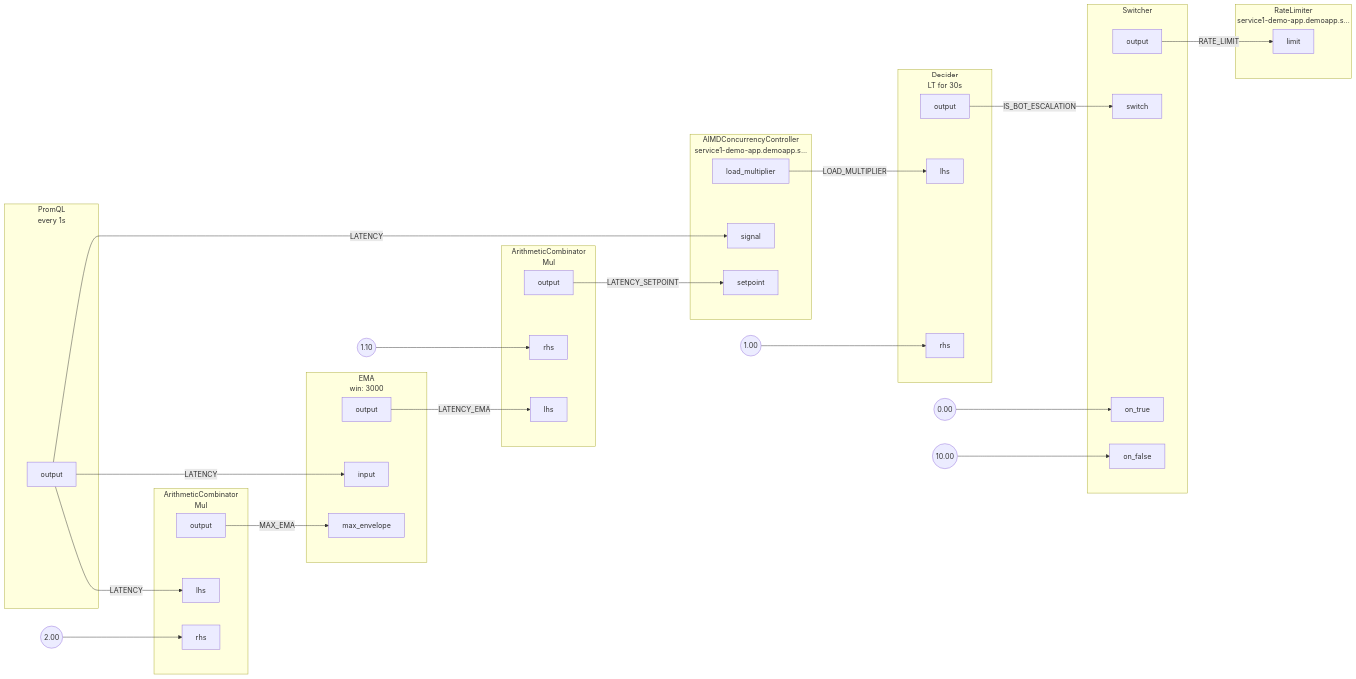
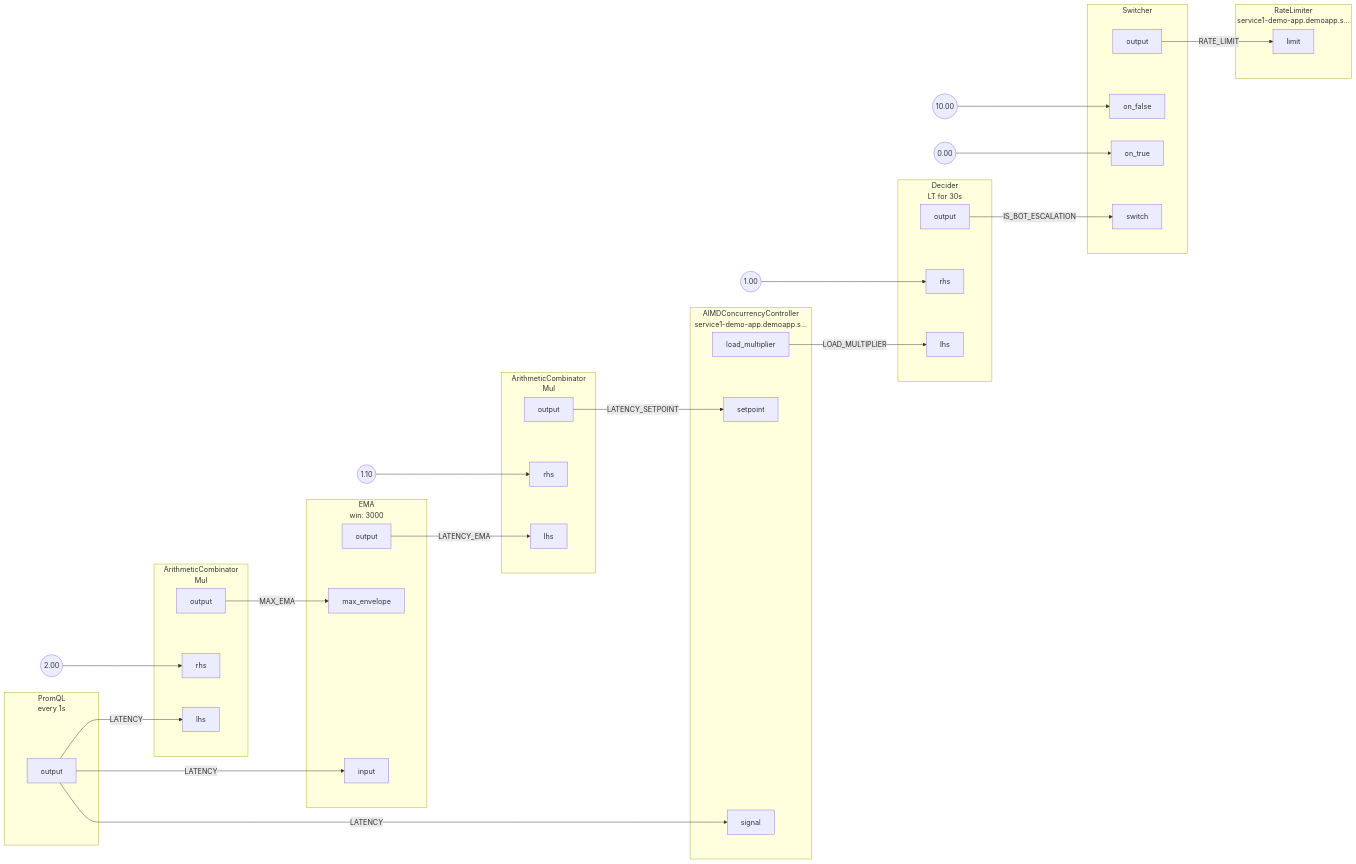
The diagram in docs/content/tutorials/integrations/flow-control/rate-limiting/assets/dynamic-rate-limiting/dynamic-rate-limiting.mmd (dataongunlaws/aperture), drawn with Mermaid before and after one commit. The commit also changed 254 other files, not shown here.

```diff
--- a/docs/content/tutorials/integrations/flow-control/rate-limiting/assets/dynamic-rate-limiting/dynamic-rate-limiting.mmd
+++ b/docs/content/tutorials/integrations/flow-control/rate-limiting/assets/dynamic-rate-limiting/dynamic-rate-limiting.mmd
@@ -1,99 +1,99 @@
 flowchart LR
 subgraph root.0[<center>PromQL<br/>every 1s</center>]
 subgraph root.0_outports[ ]
 style root.0_outports fill:none,stroke:none
 root.0output[output]
 end
 end
 FakeConstant0((2.00))
 FakeConstant0 --> root.1rhs
 subgraph root.1[<center>ArithmeticCombinator<br/>Mul</center>]
 subgraph root.1_inports[ ]
 style root.1_inports fill:none,stroke:none
 root.1lhs[lhs]
 root.1rhs[rhs]
 end
 subgraph root.1_outports[ ]
 style root.1_outports fill:none,stroke:none
 root.1output[output]
 end
 end
 FakeConstant1((1.10))
 FakeConstant1 --> root.2rhs
 subgraph root.2[<center>ArithmeticCombinator<br/>Mul</center>]
 subgraph root.2_inports[ ]
 style root.2_inports fill:none,stroke:none
 root.2lhs[lhs]
 root.2rhs[rhs]
 end
 subgraph root.2_outports[ ]
 style root.2_outports fill:none,stroke:none
 root.2output[output]
 end
 end
 subgraph root.3[<center>EMA<br/>win: 3000</center>]
 subgraph root.3_inports[ ]
 style root.3_inports fill:none,stroke:none
+root.3max_envelope[max_envelope]
 root.3input[input]
-root.3max_envelope[max_envelope]
 end
 subgraph root.3_outports[ ]
 style root.3_outports fill:none,stroke:none
 root.3output[output]
 end
 end
 subgraph root.4[<center>AIMDConcurrencyController<br/>service1-demo-app.demoapp.s...</center>]
 subgraph root.4_inports[ ]
 style root.4_inports fill:none,stroke:none
+root.4setpoint[setpoint]
 root.4signal[signal]
-root.4setpoint[setpoint]
 end
 subgraph root.4_outports[ ]
 style root.4_outports fill:none,stroke:none
 root.4load_multiplier[load_multiplier]
 end
 end
 FakeConstant2((1.00))
 FakeConstant2 --> root.5rhs
 subgraph root.5[<center>Decider<br/>LT for 30s</center>]
 subgraph root.5_inports[ ]
 style root.5_inports fill:none,stroke:none
 root.5lhs[lhs]
 root.5rhs[rhs]
 end
 subgraph root.5_outports[ ]
 style root.5_outports fill:none,stroke:none
 root.5output[output]
 end
 end
-FakeConstant3((0.00))
-FakeConstant3 --> root.6on_true
-FakeConstant4((10.00))
-FakeConstant4 --> root.6on_false
+FakeConstant3((10.00))
+FakeConstant3 --> root.6on_false
+FakeConstant4((0.00))
+FakeConstant4 --> root.6on_true
 subgraph root.6[Switcher]
 subgraph root.6_inports[ ]
 style root.6_inports fill:none,stroke:none
-root.6on_true[on_true]
 root.6on_false[on_false]
 root.6switch[switch]
+root.6on_true[on_true]
 end
 subgraph root.6_outports[ ]
 style root.6_outports fill:none,stroke:none
 root.6output[output]
 end
 end
 subgraph root.7[<center>RateLimiter<br/>service1-demo-app.demoapp.s...</center>]
 subgraph root.7_inports[ ]
 style root.7_inports fill:none,stroke:none
 root.7limit[limit]
 end
 end
+root.3output --> |LATENCY_EMA| root.2lhs
+root.4load_multiplier --> |LOAD_MULTIPLIER| root.5lhs
+root.5output --> |IS_BOT_ESCALATION| root.6switch
+root.6output --> |RATE_LIMIT| root.7limit
 root.0output --> |LATENCY| root.1lhs
 root.0output --> |LATENCY| root.3input
 root.0output --> |LATENCY| root.4signal
 root.1output --> |MAX_EMA| root.3max_envelope
 root.2output --> |LATENCY_SETPOINT| root.4setpoint
-root.3output --> |LATENCY_EMA| root.2lhs
-root.4load_multiplier --> |LOAD_MULTIPLIER| root.5lhs
-root.5output --> |IS_BOT_ESCALATION| root.6switch
-root.6output --> |RATE_LIMIT| root.7limit
```
